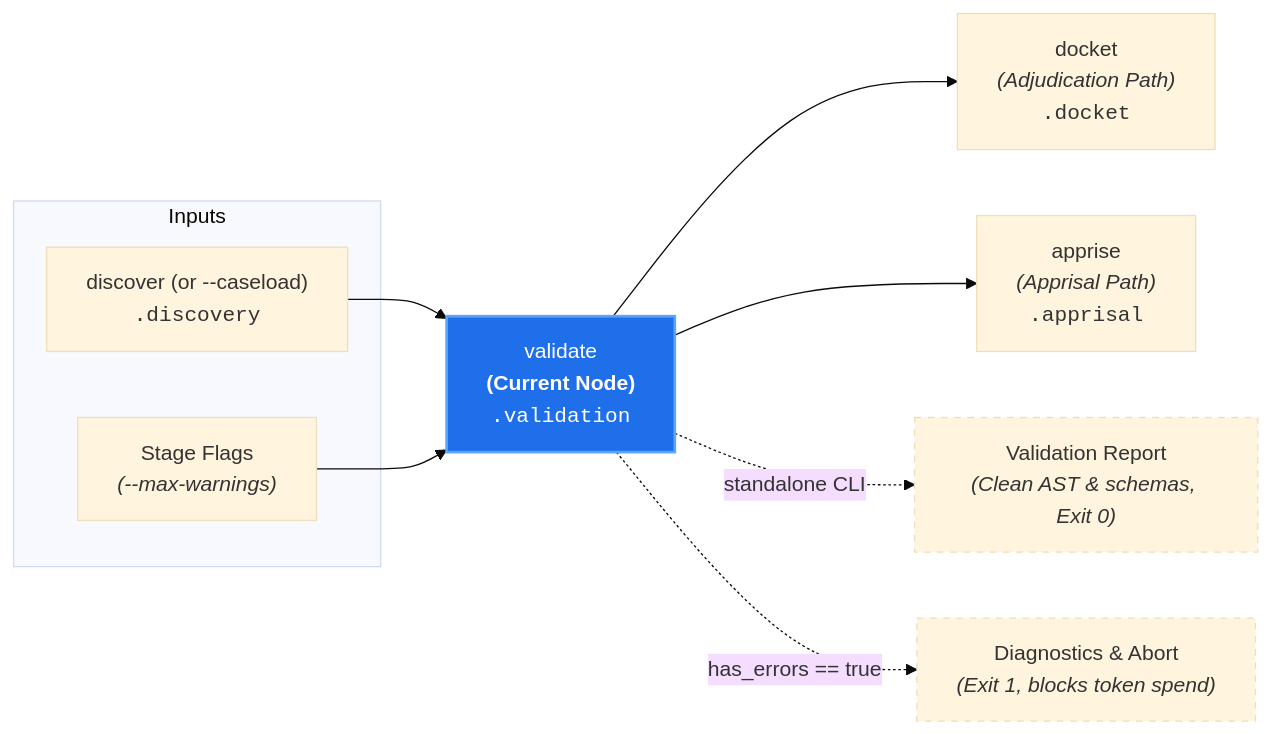
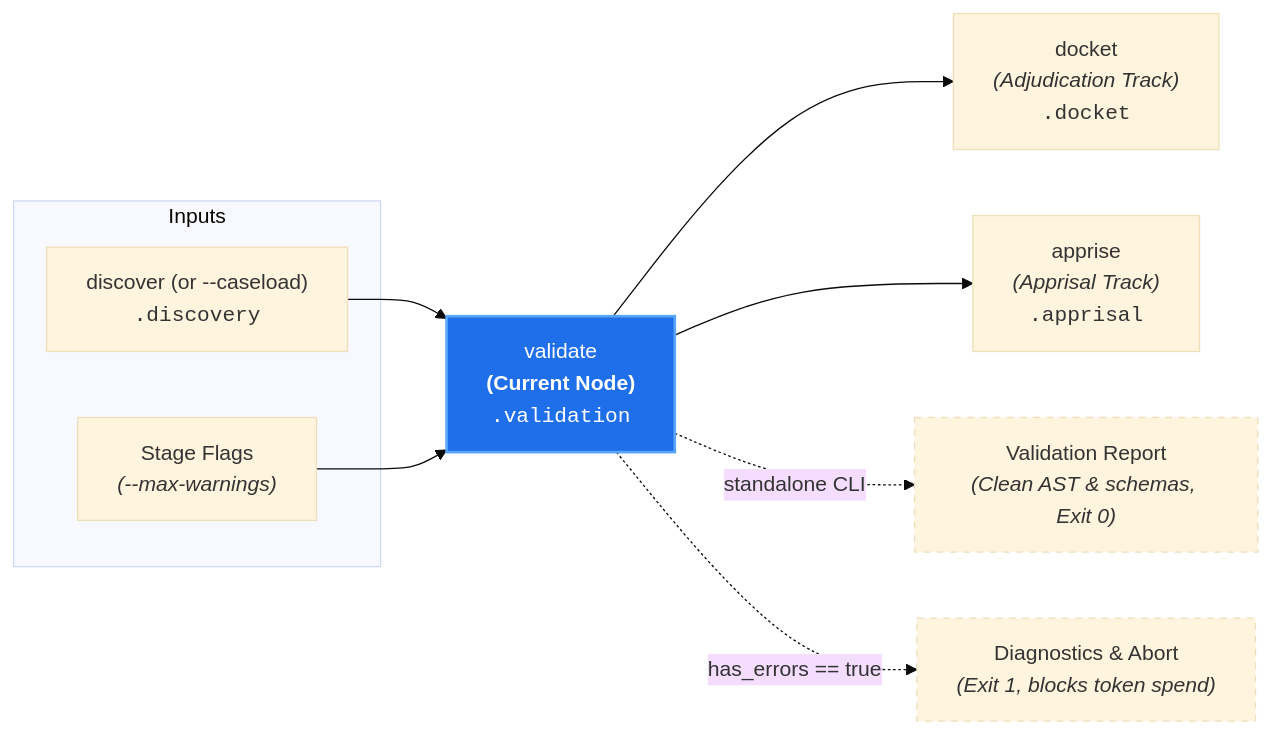
The diagram in docs/architecture/nodes/validate.md (PAIR-code/canon-clerk), drawn with Mermaid (base theme) before and after one commit. The commit also changed 18 other files, not shown here.

````diff
--- a/docs/architecture/nodes/validate.md
+++ b/docs/architecture/nodes/validate.md
@@ -21,19 +21,19 @@
 ```mermaid
 flowchart LR
     subgraph Inputs["Inputs"]
         Discover["discover (or --caseload)<br/><code>.discovery</code>"]
         Params["Stage Flags<br/><i>(--max-warnings)</i>"]
     end
 
     Discover --> Validate["validate<br/><b>(Current Node)</b><br/><code>.validation</code>"]
     Params --> Validate
 
-    Validate --> Docket["docket<br/><i>(Adjudication Path)</i><br/><code>.docket</code>"]
-    Validate --> Apprise["apprise<br/><i>(Apprisal Path)</i><br/><code>.apprisal</code>"]
+    Validate --> Docket["docket<br/><i>(Adjudication Track)</i><br/><code>.docket</code>"]
+    Validate --> Apprise["apprise<br/><i>(Apprisal Track)</i><br/><code>.apprisal</code>"]
     Validate -. "standalone CLI" .-> ValidReport["Validation Report<br/><i>(Clean AST & schemas, Exit 0)</i>"]
     Validate -. "has_errors == true" .-> Abort["Diagnostics & Abort<br/><i>(Exit 1, blocks token spend)</i>"]
 
     style Validate fill:#1f6feb,stroke:#58a6ff,stroke-width:2px,color:#fff
     style ValidReport stroke-dasharray: 5 5
     style Abort stroke-dasharray: 5 5
 ```
````
